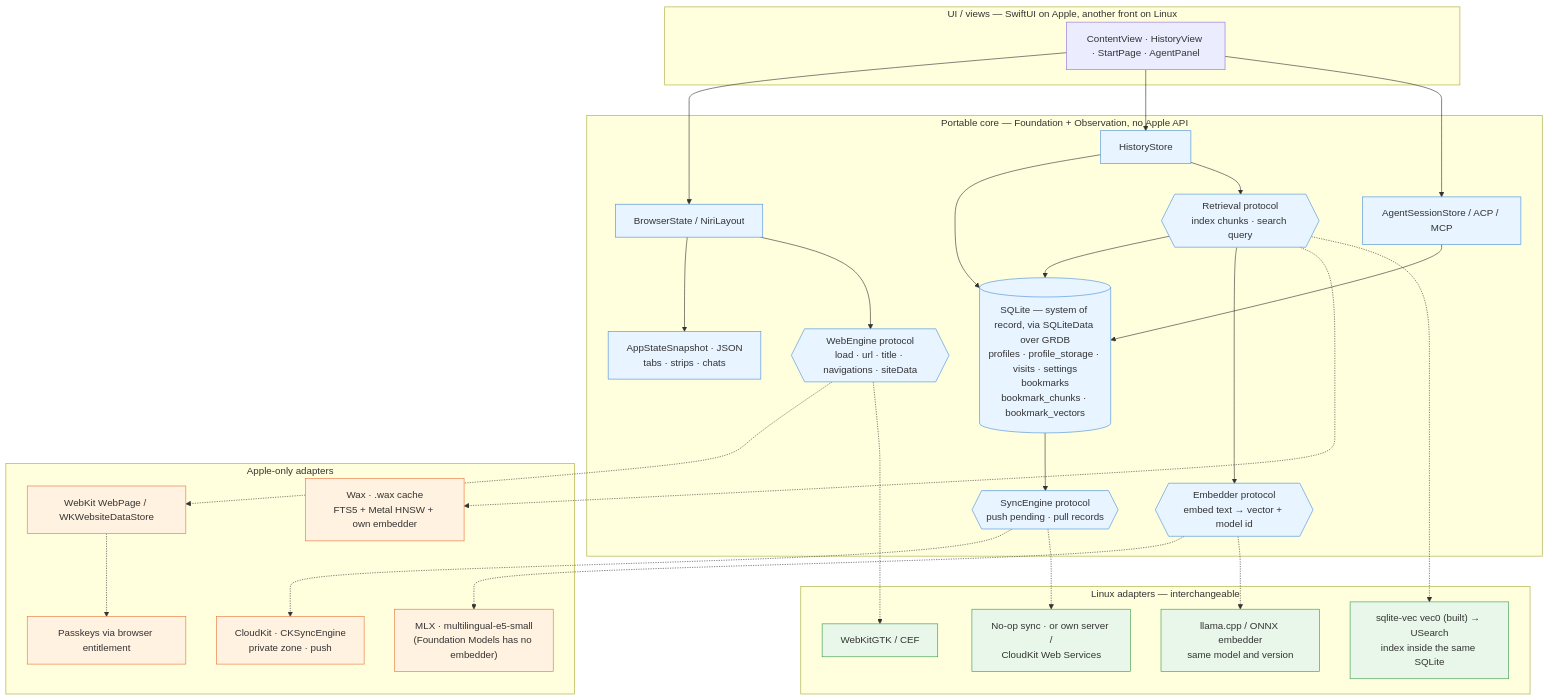
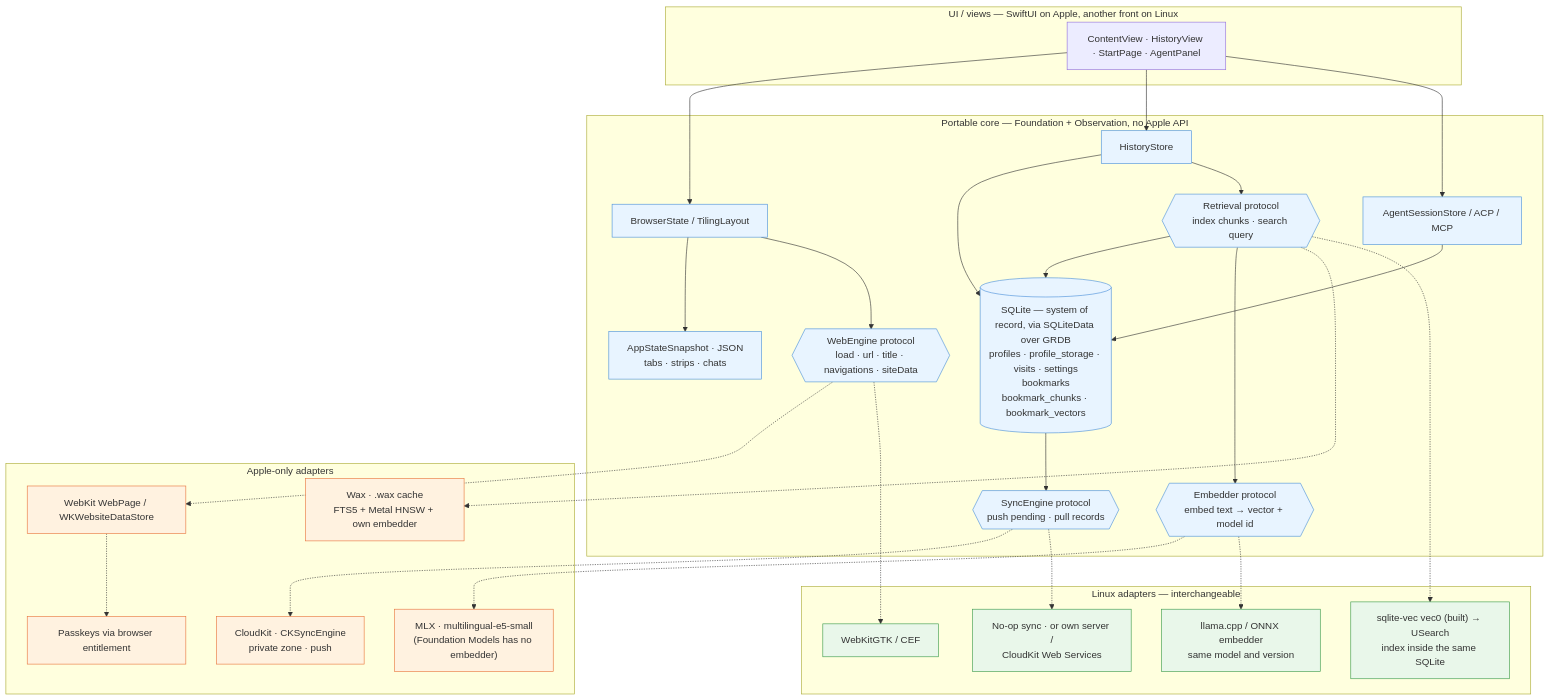
One commit to artipop/six changed the diagram in docs/storage.md. Above: the diagram before and after it, drawn with Mermaid. The commit also changed other lines of this file and 198 other files, not shown here.

First line of the commit message:
The layout is named for what it is: tiling, workspaces and rows, with no borrowed names left

````diff
--- a/docs/storage.md
+++ b/docs/storage.md
@@ -7,76 +7,76 @@
 ```mermaid
 flowchart TB
     subgraph UI["UI / views — SwiftUI on Apple, another front on Linux"]
         Views["ContentView · HistoryView · StartPage · AgentPanel"]
     end
 
     subgraph Core["Portable core — Foundation + Observation, no Apple API"]
-        BS["BrowserState / NiriLayout"]
+        BS["BrowserState / TilingLayout"]
         HS["HistoryStore"]
         AS["AgentSessionStore / ACP / MCP"]
         Snap["AppStateSnapshot · JSON
 tabs · strips · chats"]
         DB[("SQLite — system of record, via SQLiteData over GRDB
 profiles · profile_storage · visits · settings
 bookmarks
 bookmark_chunks · bookmark_vectors")]
         RET{{"Retrieval protocol
 index chunks · search query"}}
         EMB{{"Embedder protocol
 embed text → vector + model id"}}
         SYNC{{"SyncEngine protocol
 push pending · pull records"}}
         WEB{{"WebEngine protocol
 load · url · title · navigations · siteData"}}
     end
 
     subgraph Apple["Apple-only adapters"]
         WK["WebKit WebPage / WKWebsiteDataStore"]
         FM["MLX · multilingual-e5-small
 (Foundation Models has no embedder)"]
         WAX["Wax · .wax cache
 FTS5 + Metal HNSW + own embedder"]
         CK["CloudKit · CKSyncEngine
 private zone · push"]
         PK["Passkeys via browser entitlement"]
     end
 
     subgraph Linux["Linux adapters — interchangeable"]
         WKGTK["WebKitGTK / CEF"]
         LEMB["llama.cpp / ONNX embedder
 same model and version"]
         VEC["sqlite-vec vec0 (built) → USearch
 index inside the same SQLite"]
         NOSYNC["No-op sync · or own server /
 CloudKit Web Services"]
     end
 
     Views --> BS
     Views --> HS
     Views --> AS
     BS --> Snap
     BS --> WEB
     HS --> DB
     AS --> DB
     HS --> RET
     RET --> DB
     RET --> EMB
     DB --> SYNC
 
     WEB -.-> WK
     WEB -.-> WKGTK
     EMB -.-> FM
     EMB -.-> LEMB
     RET -.-> WAX
     RET -.-> VEC
     SYNC -.-> CK
     SYNC -.-> NOSYNC
     WK -.-> PK
 
     classDef port fill:#e8f4ff,stroke:#4a90d9
     classDef apple fill:#fff2e0,stroke:#e8743b
     classDef linux fill:#e9f7ea,stroke:#3a9a4a
     class Snap,DB,RET,EMB,SYNC,WEB,BS,HS,AS port
     class WK,FM,WAX,CK,PK apple
     class WKGTK,LEMB,VEC,NOSYNC linux
 ```
````
